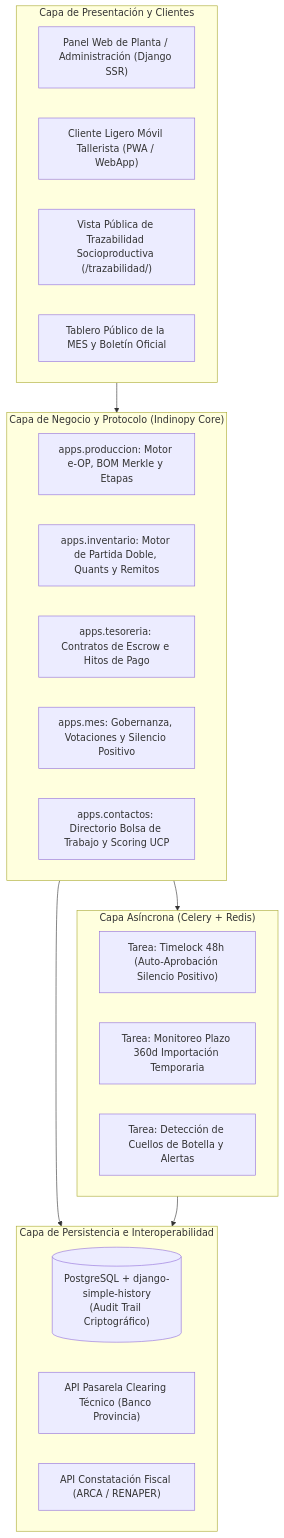
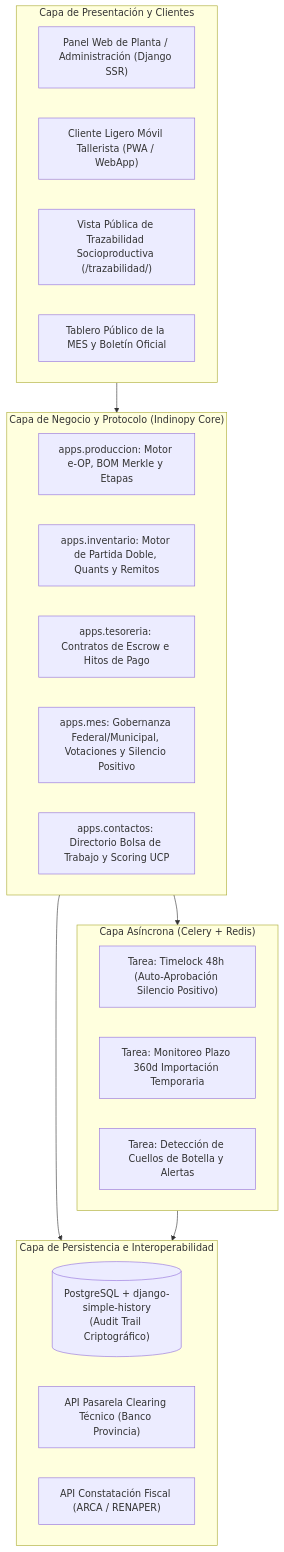
The sixth of 6 diagrams in docs/paper_protocolo_eop_gobernanza_industrial.md (sarthouse/indinopy), drawn with Mermaid before and after one commit. The commit also changed other lines of this file, not shown here.

````diff
--- a/docs/paper_protocolo_eop_gobernanza_industrial.md
+++ b/docs/paper_protocolo_eop_gobernanza_industrial.md
@@ -410,34 +419,34 @@
 ```mermaid
 graph TD
     subgraph PRESENTATION["Capa de Presentación y Clientes"]
         WEB_ADM["Panel Web de Planta / Administración (Django SSR)"]
         MOB_TALLER["Cliente Ligero Móvil Tallerista (PWA / WebApp)"]
         PORTAL_QR["Vista Pública de Trazabilidad Socioproductiva (/trazabilidad/)"]
         PORTAL_MES["Tablero Público de la MES y Boletín Oficial"]
     end
 
     subgraph ENGINE["Capa de Negocio y Protocolo (Indinopy Core)"]
         APP_PROD["apps.produccion: Motor e-OP, BOM Merkle y Etapas"]
         APP_INV["apps.inventario: Motor de Partida Doble, Quants y Remitos"]
         APP_TES["apps.tesoreria: Contratos de Escrow e Hitos de Pago"]
-        APP_MES["apps.mes: Gobernanza, Votaciones y Silencio Positivo"]
+        APP_MES["apps.mes: Gobernanza Federal/Municipal, Votaciones y Silencio Positivo"]
         APP_CONT["apps.contactos: Directorio Bolsa de Trabajo y Scoring UCP"]
     end
 
     subgraph ASYNC["Capa Asíncrona (Celery + Redis)"]
         WORKER_48H["Tarea: Timelock 48h (Auto-Aprobación Silencio Positivo)"]
         WORKER_ADUANA["Tarea: Monitoreo Plazo 360d Importación Temporaria"]
         WORKER_ALZADA["Tarea: Detección de Cuellos de Botella y Alertas"]
     end
 
     subgraph PERSISTENCE["Capa de Persistencia e Interoperabilidad"]
         DB[("PostgreSQL + django-simple-history\n(Audit Trail Criptográfico)")]
         API_BANCO["API Pasarela Clearing Técnico (Banco Provincia)"]
         API_ARCA["API Constatación Fiscal (ARCA / RENAPER)"]
     end
 
     PRESENTATION --> ENGINE
     ENGINE --> ASYNC
     ENGINE --> PERSISTENCE
     ASYNC --> PERSISTENCE
 ```
````
